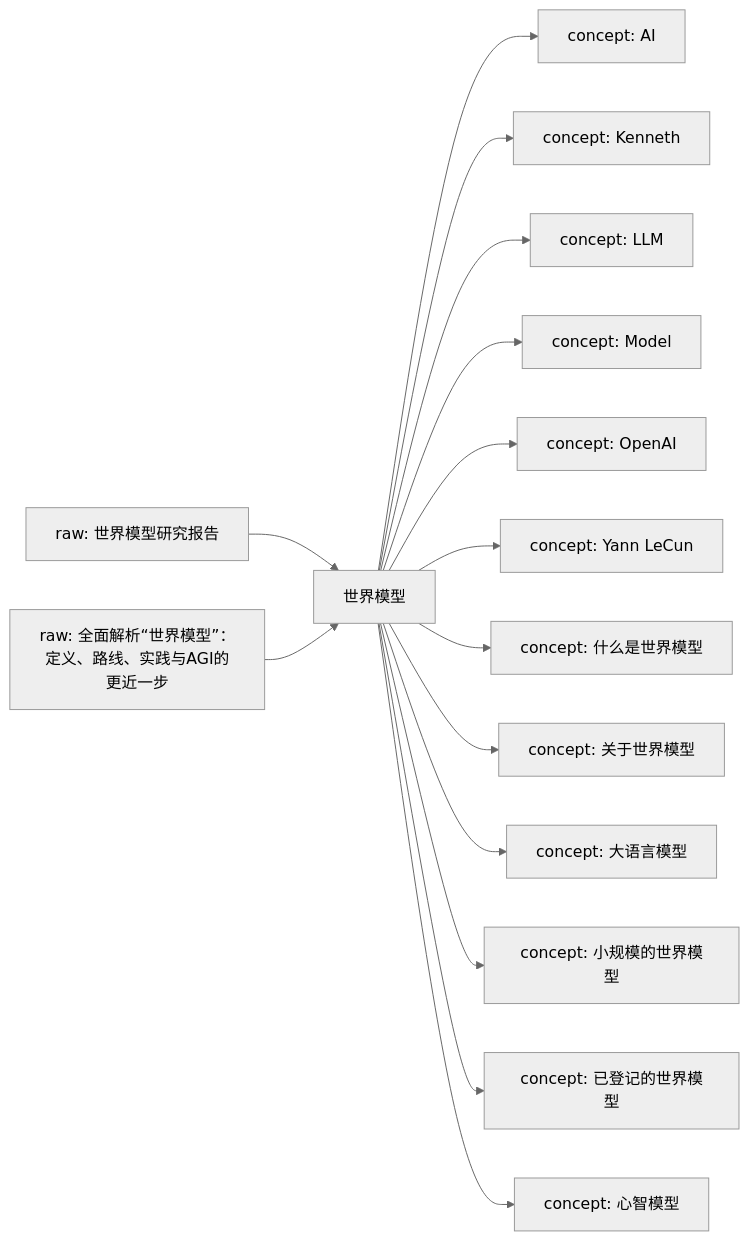
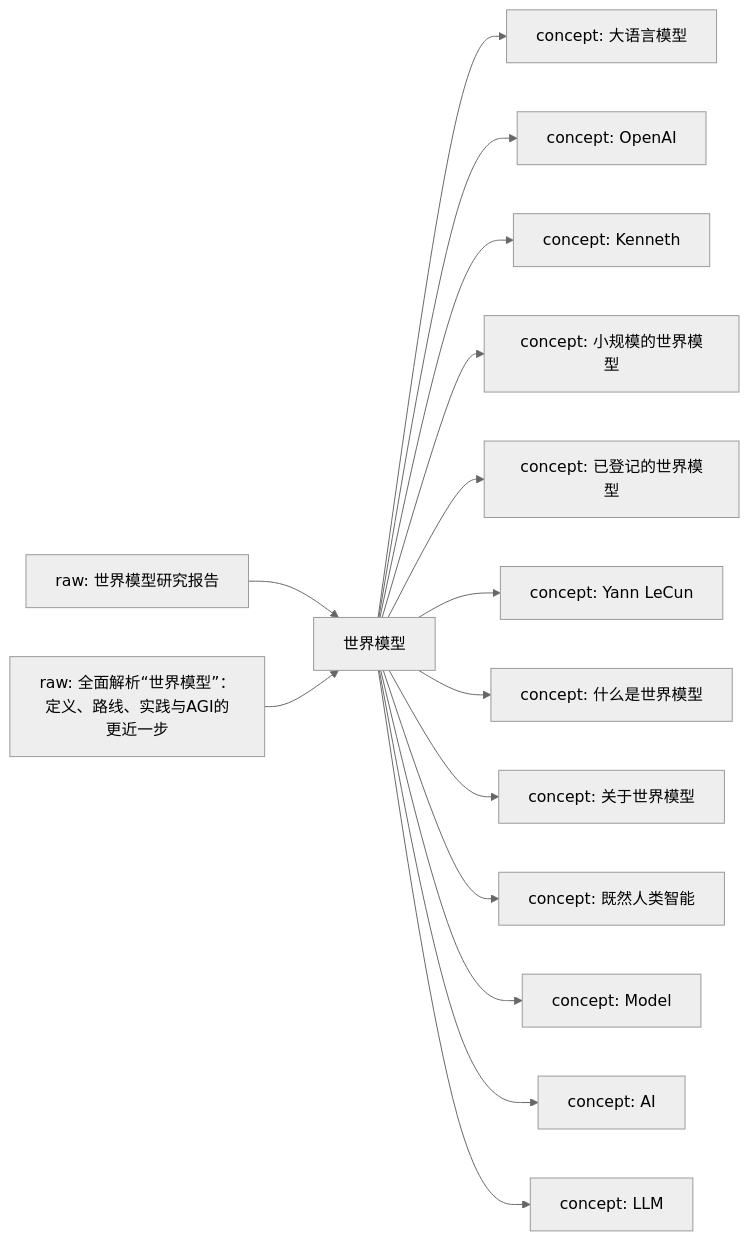
The first of 2 diagrams in LLM Wiki/wiki/domains/世界模型.md (mwbel/ResearchManjushri), drawn with Mermaid (neutral theme) before and after one commit. The commit also changed other lines of this file and 172 other files, not shown here.

````diff
--- a/LLM Wiki/wiki/domains/世界模型.md
+++ b/LLM Wiki/wiki/domains/世界模型.md
@@ -32,18 +32,18 @@
 ```mermaid
 flowchart LR
     D["世界模型"]
     R1["raw: 世界模型研究报告"] --> D
     R2["raw: 全面解析“世界模型”：定义、路线、实践与AGI的更近一步"] --> D
-    D --> W1["concept: AI"]
-    D --> W2["concept: Kenneth"]
-    D --> W3["concept: LLM"]
-    D --> W4["concept: Model"]
-    D --> W5["concept: OpenAI"]
+    D --> W1["concept: 大语言模型"]
+    D --> W2["concept: OpenAI"]
+    D --> W3["concept: Kenneth"]
+    D --> W4["concept: 小规模的世界模型"]
+    D --> W5["concept: 已登记的世界模型"]
     D --> W6["concept: Yann LeCun"]
     D --> W7["concept: 什么是世界模型"]
     D --> W8["concept: 关于世界模型"]
-    D --> W9["concept: 大语言模型"]
-    D --> W10["concept: 小规模的世界模型"]
-    D --> W11["concept: 已登记的世界模型"]
-    D --> W12["concept: 心智模型"]
+    D --> W9["concept: 既然人类智能"]
+    D --> W10["concept: Model"]
+    D --> W11["concept: AI"]
+    D --> W12["concept: LLM"]
 ```
````
